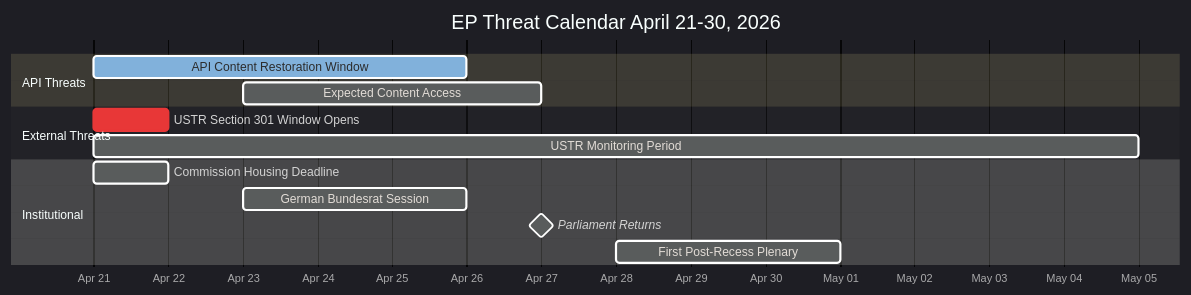
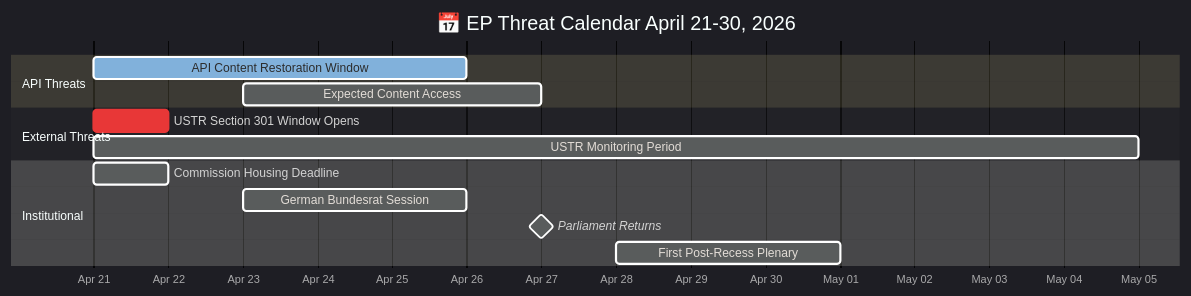
Before and after one commit to Hack23/euparliamentmonitor: the second of 2 diagrams in analysis/daily/2026-04-20/breaking-run191/threat-assessment/political-threat-landscape.md, drawn with Mermaid. The commit also changed other lines of this file and 19 other files, not shown here.

````diff
--- a/analysis/daily/2026-04-20/breaking-run191/threat-assessment/political-threat-landscape.md
+++ b/analysis/daily/2026-04-20/breaking-run191/threat-assessment/political-threat-landscape.md
@@ -97,18 +97,18 @@
 ```mermaid
-%%{init: {"theme": "dark"}}%%
+%%{init: {"theme":"dark","themeVariables":{"primaryColor":"#1565C0","primaryTextColor":"#ffffff","primaryBorderColor":"#0A3F7F","lineColor":"#90CAF9","secondaryColor":"#2E7D32","secondaryTextColor":"#ffffff","secondaryBorderColor":"#0F3F00","tertiaryColor":"#FF9800","tertiaryTextColor":"#000000","tertiaryBorderColor":"#7F4F00","noteBkgColor":"#FFC107","noteTextColor":"#000000","errorBkgColor":"#D32F2F","errorTextColor":"#ffffff","fontFamily":"Inter, Helvetica, Arial, sans-serif"}}}%%
 gantt
-    title EP Threat Calendar April 21-30, 2026
+    title 📅 EP Threat Calendar April 21-30, 2026
     dateFormat YYYY-MM-DD
     axisFormat %b %d
     section API Threats
     API Content Restoration Window :active, api1, 2026-04-21, 5d
     Expected Content Access :api2, 2026-04-23, 4d
     section External Threats
     USTR Section 301 Window Opens :crit, ustr1, 2026-04-21, 1d
     USTR Monitoring Period :ustr2, 2026-04-21, 14d
     section Institutional
     Commission Housing Deadline :inst1, 2026-04-21, 1d
     German Bundesrat Session :inst2, 2026-04-23, 3d
     Parliament Returns :milestone, return1, 2026-04-27, 0d
     First Post-Recess Plenary :plen1, 2026-04-28, 3d
 ```
````
